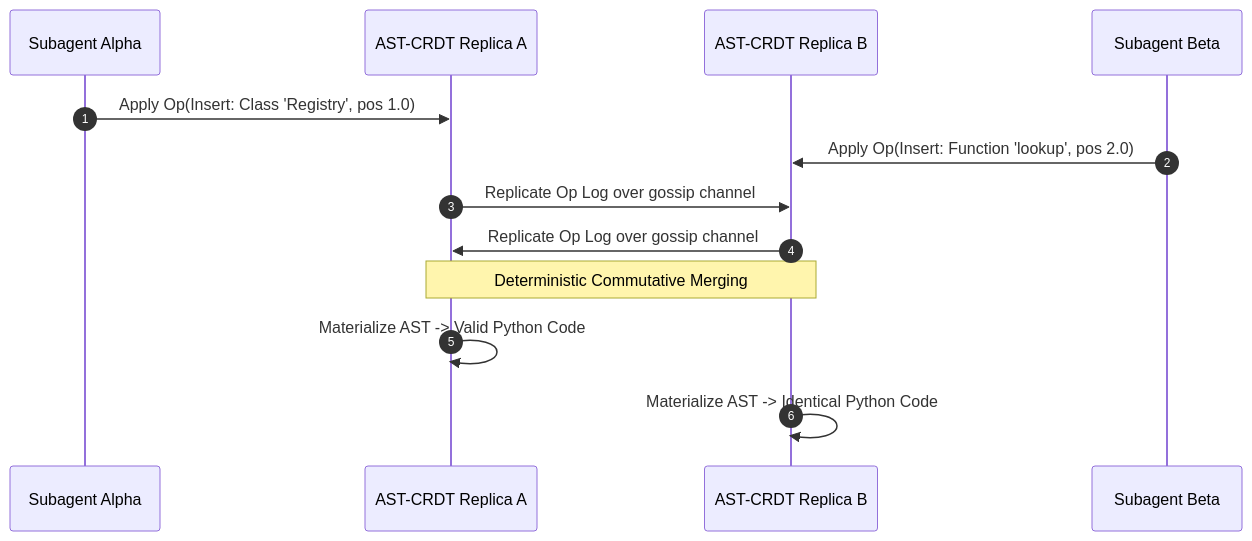
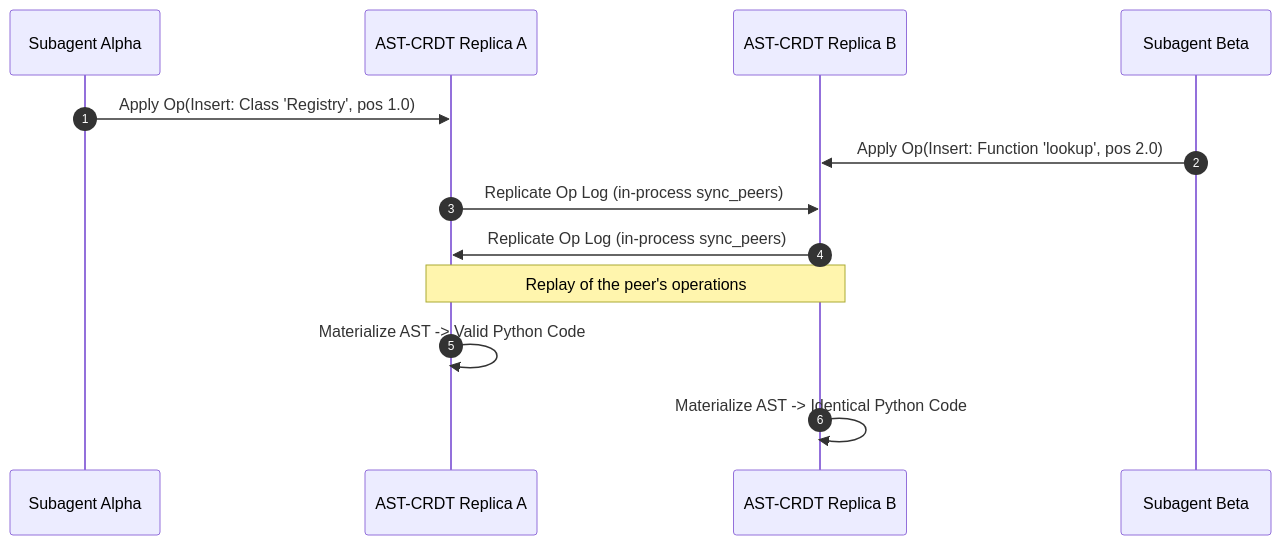
Before and after one commit to dan-petty/vibes: the diagram in patterns/ast-crdts-for-real-time-agent-collaboration.md, drawn with Mermaid. The commit also changed other lines of this file and 248 other files, not shown here.

````diff
--- a/patterns/ast-crdts-for-real-time-agent-collaboration.md
+++ b/patterns/ast-crdts-for-real-time-agent-collaboration.md
@@ -25,16 +25,16 @@
 ```mermaid
 sequenceDiagram
     autonumber
     participant SubagentA as Subagent Alpha
     participant NodeA as AST-CRDT Replica A
     participant NodeB as AST-CRDT Replica B
     participant SubagentB as Subagent Beta
 
     SubagentA->>NodeA: Apply Op(Insert: Class 'Registry', pos 1.0)
     SubagentB->>NodeB: Apply Op(Insert: Function 'lookup', pos 2.0)
-    NodeA->>NodeB: Replicate Op Log over gossip channel
-    NodeB->>NodeA: Replicate Op Log over gossip channel
-    Note over NodeA,NodeB: Deterministic Commutative Merging
+    NodeA->>NodeB: Replicate Op Log (in-process sync_peers)
+    NodeB->>NodeA: Replicate Op Log (in-process sync_peers)
+    Note over NodeA,NodeB: Replay of the peer's operations
     NodeA->>NodeA: Materialize AST -> Valid Python Code
     NodeB->>NodeB: Materialize AST -> Identical Python Code
 ```
````
